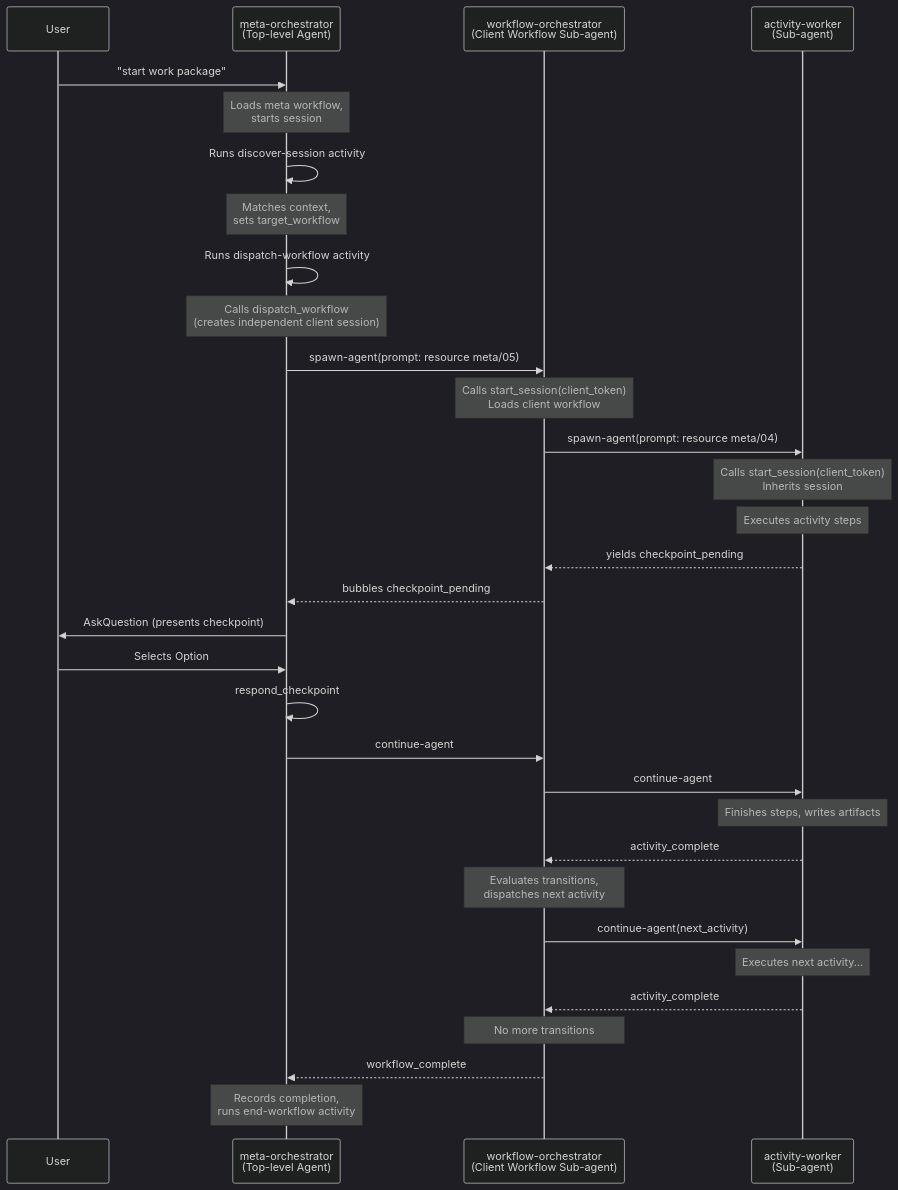
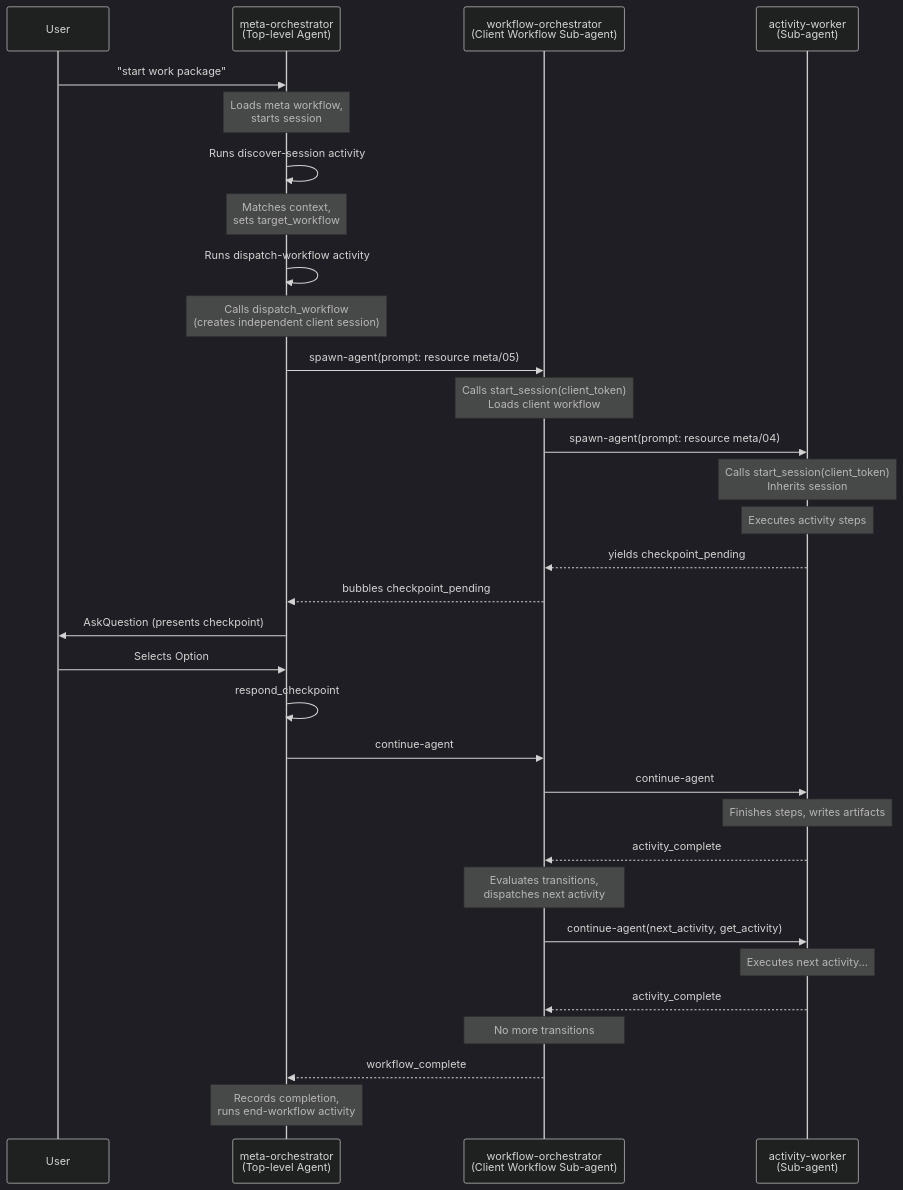
One commit to m2ux/workflow-server changed the first of 5 diagrams in meta/README.md. Above: the diagram before and after it, drawn with Mermaid (dark theme). The commit also changed other lines of this file and 78 other files, not shown here.

First line of the commit message:
fix(toon): validate and fix all TOON files against schemas

````diff
--- a/meta/README.md
+++ b/meta/README.md
@@ -18,45 +18,45 @@
 ```mermaid
 sequenceDiagram
     participant User
     participant Meta as meta-orchestrator<br/>(Top-level Agent)
     participant Client as workflow-orchestrator<br/>(Client Workflow Sub-agent)
     participant Worker as activity-worker<br/>(Sub-agent)
 
     User->>Meta: "start work package"
     Note over Meta: Loads meta workflow,<br/>starts session
     Meta->>Meta: Runs discover-session activity
     Note over Meta: Matches context,<br/>sets target_workflow
     Meta->>Meta: Runs dispatch-workflow activity
 
     Note over Meta: Calls dispatch_workflow<br/>(creates independent client session)
     Meta->>Client: spawn-agent(prompt: resource meta/05)
 
     Note over Client: Calls start_session(client_token)<br/>Loads client workflow
     
     Client->>Worker: spawn-agent(prompt: resource meta/04)
     Note over Worker: Calls start_session(client_token)<br/>Inherits session
     
     Note over Worker: Executes activity steps
 
     Worker-->>Client: yields checkpoint_pending
     Client-->>Meta: bubbles checkpoint_pending
     Meta->>User: AskQuestion (presents checkpoint)
     User->>Meta: Selects Option
     Meta->>Meta: respond_checkpoint
     
     Meta->>Client: continue-agent
     Client->>Worker: continue-agent
     
     Note over Worker: Finishes steps, writes artifacts
     Worker-->>Client: activity_complete
 
     Note over Client: Evaluates transitions,<br/>dispatches next activity
     
-    Client->>Worker: continue-agent(next_activity)
+    Client->>Worker: continue-agent(next_activity, get_activity)
     Note over Worker: Executes next activity...
     Worker-->>Client: activity_complete
     
     Note over Client: No more transitions
     Client-->>Meta: workflow_complete
     Note over Meta: Records completion,<br/>runs end-workflow activity
 ```
````
